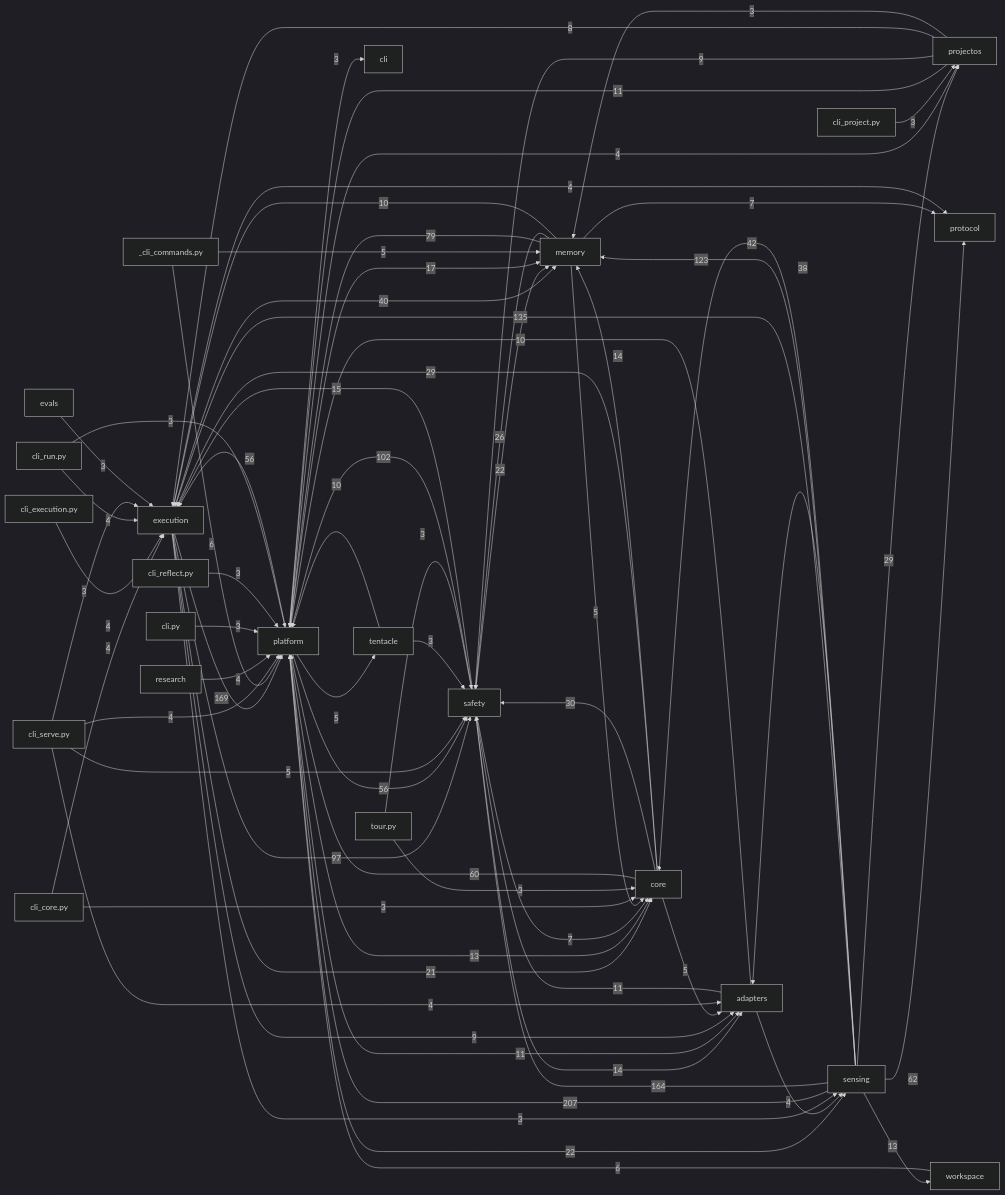
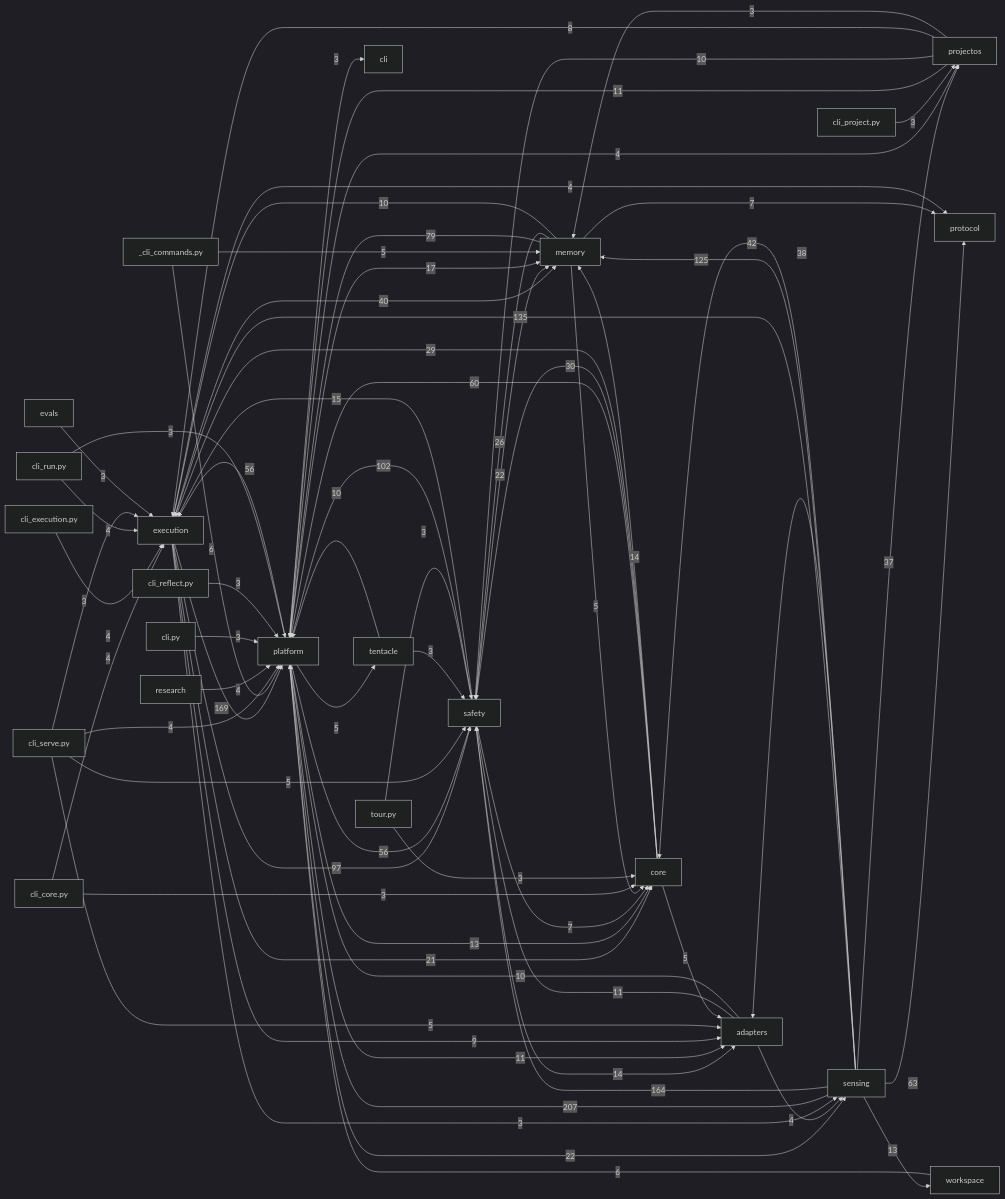
One commit to dengdenghua/echo-ai changed the diagram in docs/auto/20-backend/index.md. Above: the diagram before and after it, drawn with Mermaid (dark theme). The commit also changed 6 other files, not shown here.

````diff
--- a/docs/auto/20-backend/index.md
+++ b/docs/auto/20-backend/index.md
@@ -26,78 +26,78 @@
 ```mermaid
 graph LR
   execution[execution]
   core[core]
   safety[safety]
   memory[memory]
   sensing[sensing]
   adapters[adapters]
   platform[platform]
   sensing -- 207 --> platform
   execution -- 169 --> platform
   sensing -- 164 --> safety
   sensing -- 135 --> execution
-  sensing -- 123 --> memory
+  sensing -- 125 --> memory
   safety -- 102 --> platform
   execution -- 97 --> safety
   memory -- 79 --> platform
-  sensing -- 62 --> protocol
+  sensing -- 63 --> protocol
   core -- 60 --> platform
   platform -- 56 --> execution
   platform -- 56 --> safety
   sensing -- 42 --> core
   execution -- 40 --> memory
   sensing -- 38 --> adapters
+  sensing -- 37 --> projectos
   core -- 30 --> safety
   core -- 29 --> execution
-  sensing -- 29 --> projectos
   memory -- 26 --> safety
   platform -- 22 --> sensing
   safety -- 22 --> memory
   execution -- 21 --> core
   platform -- 17 --> memory
   safety -- 15 --> execution
   core -- 14 --> memory
   safety -- 14 --> adapters
   platform -- 13 --> core
   sensing -- 13 --> workspace
   adapters -- 11 --> safety
   platform -- 11 --> adapters
   projectos -- 11 --> platform
   adapters -- 10 --> platform
   memory -- 10 --> execution
+  projectos -- 10 --> safety
   tentacle -- 10 --> platform
   execution -- 9 --> adapters
-  projectos -- 9 --> safety
   projectos -- 8 --> execution
   memory -- 7 --> protocol
   safety -- 7 --> core
   _cli_commands.py -- 6 --> platform
   workspace -- 6 --> platform
   _cli_commands.py -- 5 --> memory
+  cli_serve.py -- 5 --> adapters
   cli_serve.py -- 5 --> safety
   core -- 5 --> adapters
   memory -- 5 --> core
   platform -- 5 --> tentacle
   adapters -- 4 --> sensing
   cli_core.py -- 4 --> execution
   cli_execution.py -- 4 --> execution
   cli_run.py -- 4 --> execution
-  cli_serve.py -- 4 --> adapters
   cli_serve.py -- 4 --> platform
   execution -- 4 --> protocol
   platform -- 4 --> projectos
   research -- 4 --> platform
   cli.py -- 3 --> platform
   cli_core.py -- 3 --> core
   cli_project.py -- 3 --> projectos
   cli_reflect.py -- 3 --> platform
   cli_run.py -- 3 --> platform
   cli_serve.py -- 3 --> execution
   evals -- 3 --> execution
   execution -- 3 --> sensing
   platform -- 3 --> cli
   projectos -- 3 --> memory
   tentacle -- 3 --> safety
   tour.py -- 3 --> core
   tour.py -- 3 --> safety
 ```
````
